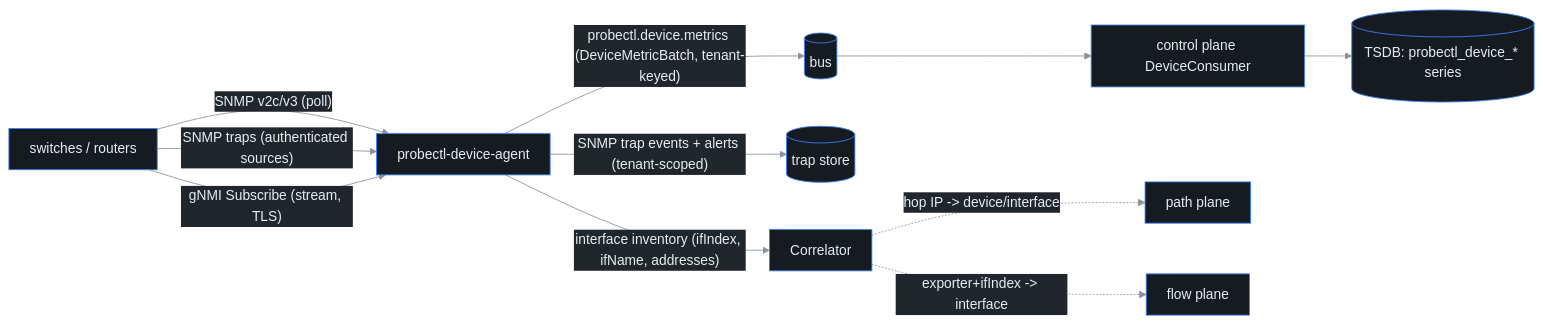
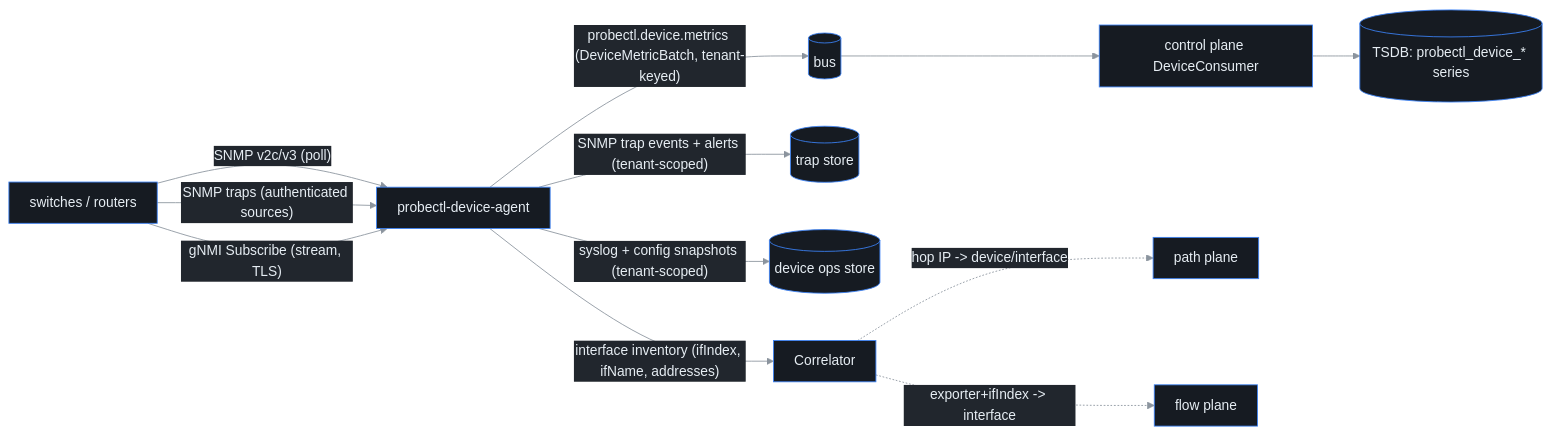
The diagram in docs/device-telemetry.md (ctlplne/probectl), drawn with Mermaid before and after one commit. The commit also changed other lines of this file and 15 other files, not shown here.

Commit message:
feat(device): add tenant-scoped syslog and config archive

````diff
--- a/docs/device-telemetry.md
+++ b/docs/device-telemetry.md
@@ -38,14 +42,15 @@
 ```mermaid
 %%{init: {'theme':'base','themeVariables':{'background':'#0d1117','primaryColor':'#161b22','primaryTextColor':'#e6edf3','primaryBorderColor':'#3b82f6','lineColor':'#8b949e','secondaryColor':'#21262d','tertiaryColor':'#0d1117','clusterBkg':'#161b22','clusterBorder':'#30363d','fontFamily':'ui-monospace, SFMono-Regular, Menlo, monospace'},'flowchart':{'curve':'basis','nodeSpacing':55,'rankSpacing':55,'padding':12}}}%%
 flowchart LR
   D[switches / routers] -- "SNMP v2c/v3 (poll)" --> A[probectl-device-agent]
   D -- "SNMP traps (authenticated sources)" --> A
   D -- "gNMI Subscribe (stream, TLS)" --> A
   A -- "probectl.device.metrics (DeviceMetricBatch, tenant-keyed)" --> B[(bus)]
   A -- "SNMP trap events + alerts (tenant-scoped)" --> E[(trap store)]
+  A -- "syslog + config snapshots (tenant-scoped)" --> O[(device ops store)]
   B --> P[control plane DeviceConsumer]
   P --> T[(TSDB: probectl_device_* series)]
   A -- "interface inventory (ifIndex, ifName, addresses)" --> C[Correlator]
   C -. "hop IP -> device/interface" .-> PathPlane[path plane]
   C -. "exporter+ifIndex -> interface" .-> FlowPlane[flow plane]
 ```
````
